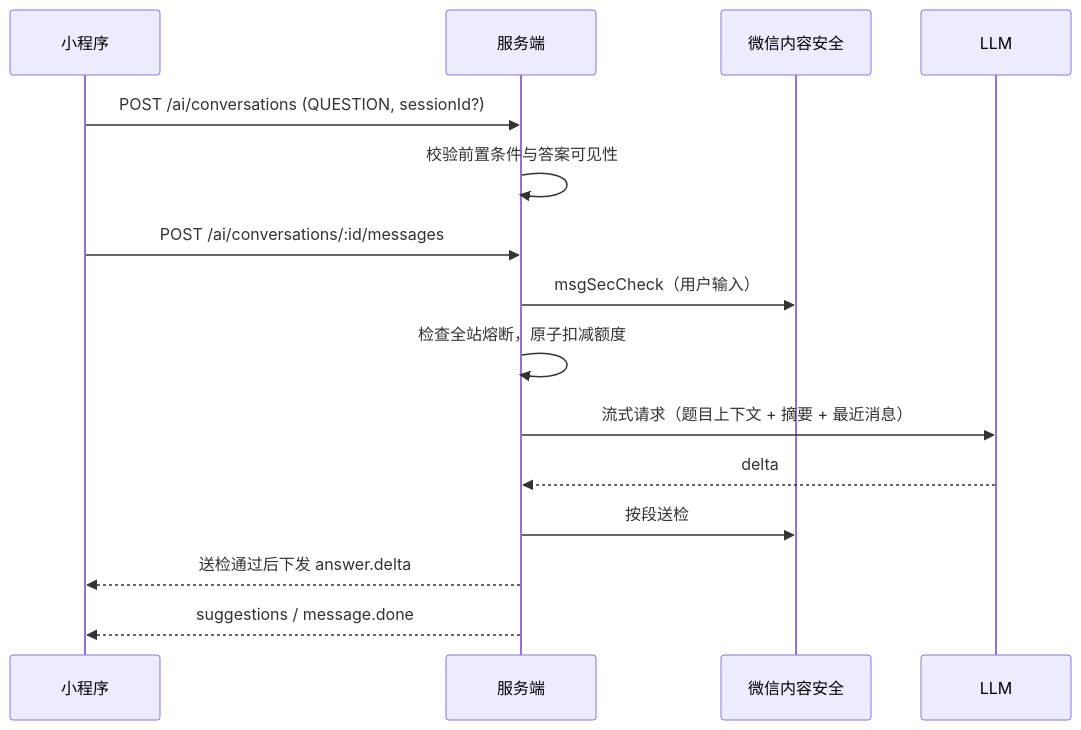
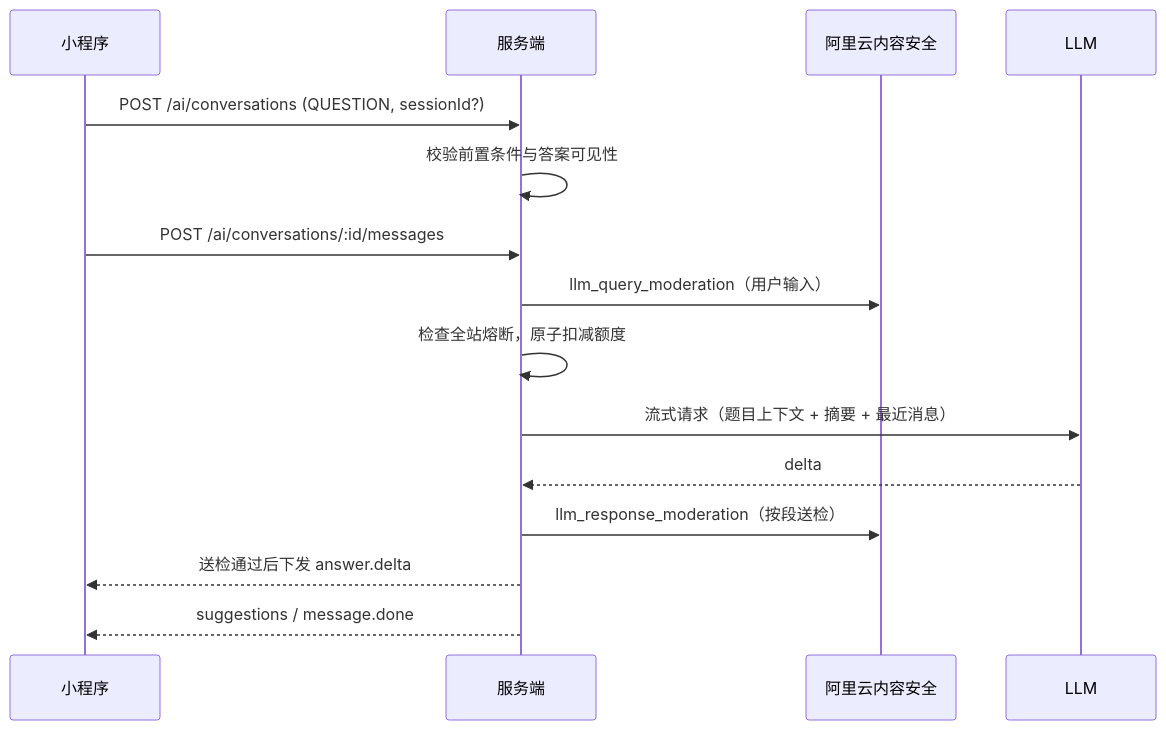
The third of 3 diagrams in docs/exam-prep-business.md (xingyunqi-tech/uniapp-template), drawn with Mermaid before and after one commit. The commit also changed other lines of this file and 23 other files, not shown here.

````diff
--- a/docs/exam-prep-business.md
+++ b/docs/exam-prep-business.md
@@ -1036,17 +1039,17 @@
 ```mermaid
 sequenceDiagram
   participant C as 小程序
   participant S as 服务端
-  participant W as 微信内容安全
+  participant W as 阿里云内容安全
   participant L as LLM
   C->>S: POST /ai/conversations (QUESTION, sessionId?)
   S->>S: 校验前置条件与答案可见性
   C->>S: POST /ai/conversations/:id/messages
-  S->>W: msgSecCheck（用户输入）
+  S->>W: llm_query_moderation（用户输入）
   S->>S: 检查全站熔断，原子扣减额度
   S->>L: 流式请求（题目上下文 + 摘要 + 最近消息）
   L-->>S: delta
-  S->>W: 按段送检
+  S->>W: llm_response_moderation（按段送检）
   S-->>C: 送检通过后下发 answer.delta
   S-->>C: suggestions / message.done
 ```
````
